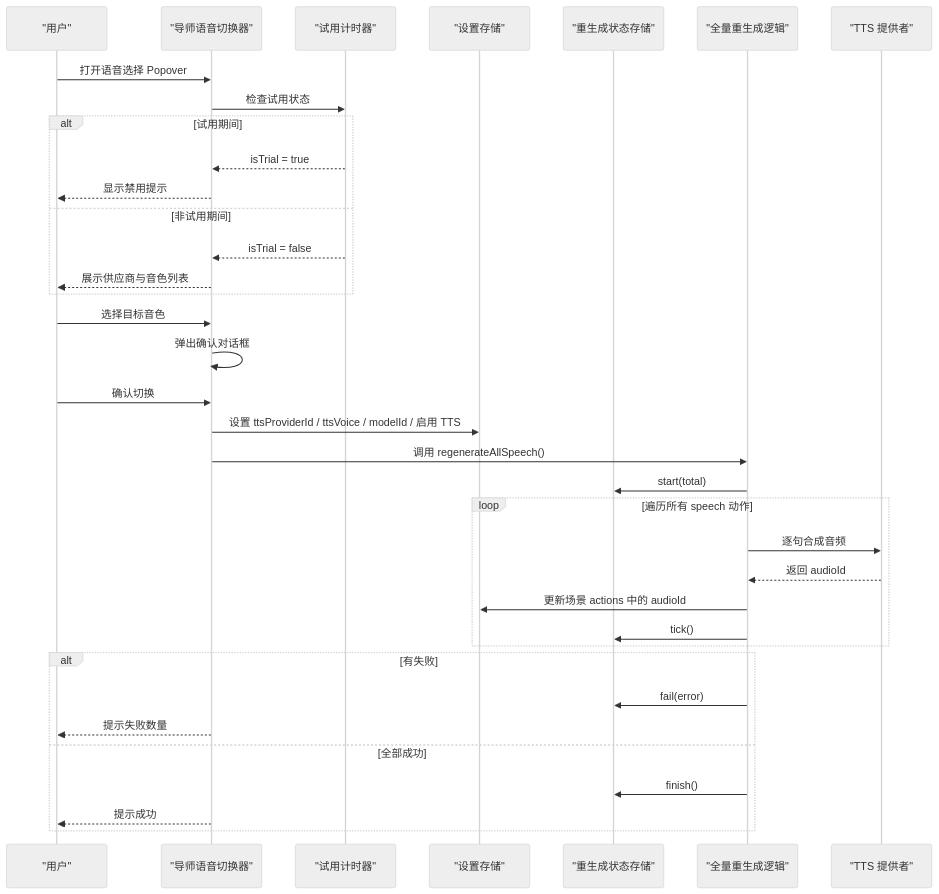
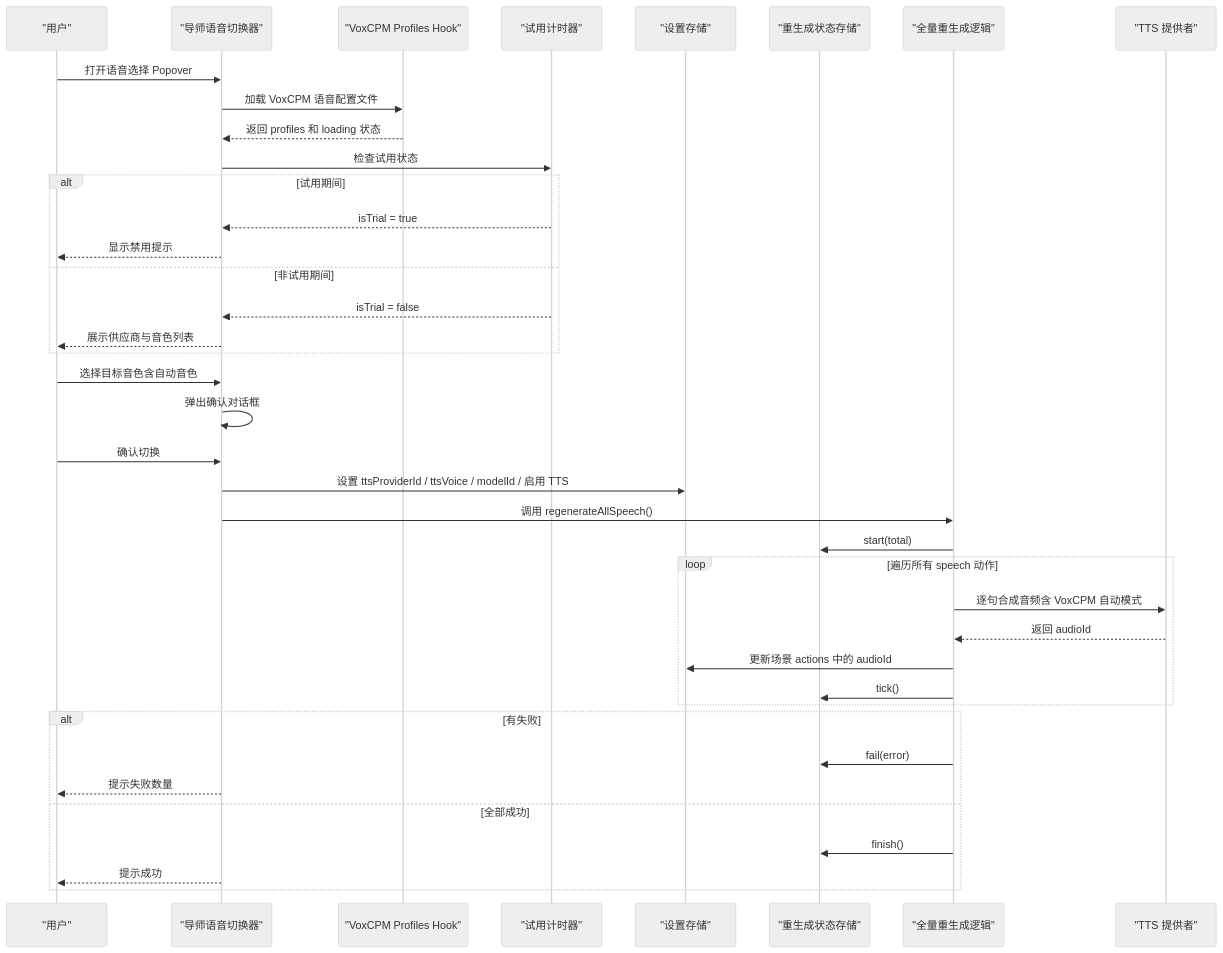
Before and after one commit to huangboheng/OpenMAIC: the first of 12 diagrams in .qoder/repowiki/zh/content/UI 组件系统/课堂播放组件/导师语音切换器组件.md, drawn with Mermaid (neutral theme). The commit also changed other lines of this file and 13 other files, not shown here.

````diff
--- a/.qoder/repowiki/zh/content/UI 组件系统/课堂播放组件/导师语音切换器组件.md
+++ b/.qoder/repowiki/zh/content/UI 组件系统/课堂播放组件/导师语音切换器组件.md
@@ -48,38 +54,41 @@
 ```mermaid
 sequenceDiagram
 participant U as "用户"
 participant VS as "导师语音切换器"
+participant VCP as "VoxCPM Profiles Hook"
 participant PT as "试用计时器"
 participant ST as "设置存储"
 participant VR as "重生成状态存储"
 participant RA as "全量重生成逻辑"
 participant TTS as "TTS 提供者"
 U->>VS : 打开语音选择 Popover
+VS->>VCP : 加载 VoxCPM 语音配置文件
+VCP-->>VS : 返回 profiles 和 loading 状态
 VS->>PT : 检查试用状态
 alt 试用期间
 PT-->>VS : isTrial = true
 VS-->>U : 显示禁用提示
 else 非试用期间
 PT-->>VS : isTrial = false
 VS-->>U : 展示供应商与音色列表
 end
-U->>VS : 选择目标音色
+U->>VS : 选择目标音色含自动音色
 VS->>VS : 弹出确认对话框
 U->>VS : 确认切换
 VS->>ST : 设置 ttsProviderId / ttsVoice / modelId / 启用 TTS
 VS->>RA : 调用 regenerateAllSpeech()
 RA->>VR : start(total)
 loop 遍历所有 speech 动作
-RA->>TTS : 逐句合成音频
+RA->>TTS : 逐句合成音频含 VoxCPM 自动模式
 TTS-->>RA : 返回 audioId
 RA->>ST : 更新场景 actions 中的 audioId
 RA->>VR : tick()
 end
 alt 有失败
 RA->>VR : fail(error)
 VS-->>U : 提示失败数量
 else 全部成功
 RA->>VR : finish()
 VS-->>U : 提示成功
 end
 ```
````
